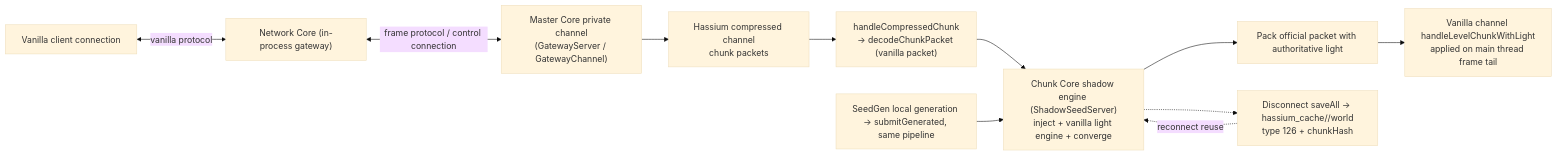
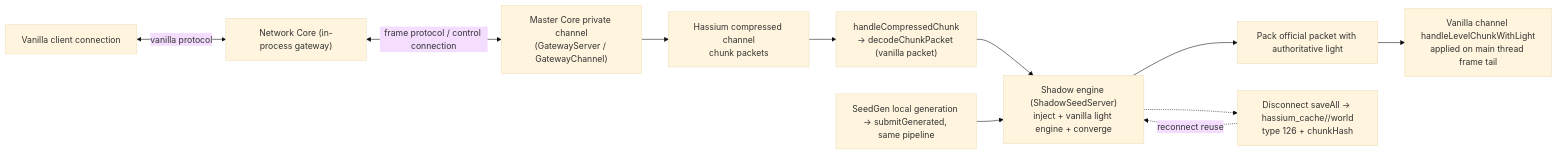
The diagram in README-en.md (limuqy/Hassium), drawn with Mermaid (base theme) before and after one commit. The commit also changed other lines of this file and 10 other files, not shown here.

````diff
--- a/README-en.md
+++ b/README-en.md
@@ -124,20 +124,20 @@
 ```mermaid
 flowchart LR
     client["Vanilla client connection"]
     gw["Network Core (in-process gateway)"]
     mc["Master Core private channel<br/>(GatewayServer / GatewayChannel)"]
     wire["Hassium compressed channel<br/>chunk packets"]
     decode["handleCompressedChunk<br/>→ decodeChunkPacket (vanilla packet)"]
-    shadow["Chunk Core shadow engine (ShadowSeedServer)<br/>inject + vanilla light engine + converge"]
+    shadow["Shadow engine (ShadowSeedServer)<br/>inject + vanilla light engine + converge"]
     pack["Pack official packet with authoritative light"]
     apply["Vanilla channel handleLevelChunkWithLight<br/>applied on main thread frame tail"]
     save["Disconnect saveAll → hassium_cache/<serverId>/world<br/>type 126 + chunkHash"]
     regen["SeedGen local generation → submitGenerated, same pipeline"]
 
     client <-->|"vanilla protocol"| gw
     gw <-->|"frame protocol / control connection"| mc
     mc --> wire --> decode --> shadow --> pack --> apply
     regen --> shadow
     shadow -.-> save
     save -.->|"reconnect reuse"| shadow
 ```
````
